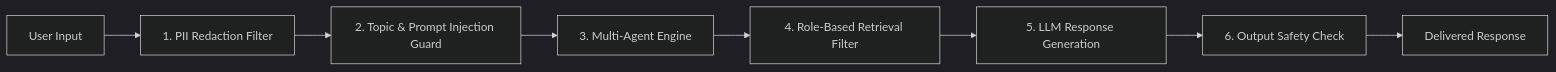
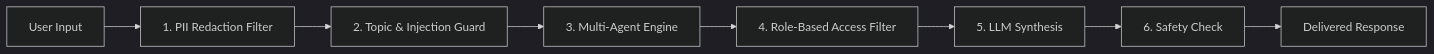
One commit to builtbycode/interview_prep changed the eighth of 9 diagrams in GenAI/Design/HR_ONBOARDING_AGENT_DESIGN.md. Above: the diagram before and after it, drawn with Mermaid (dark theme). The commit also changed other lines of this file and 8 other files, not shown here.

````diff
--- a/GenAI/Design/HR_ONBOARDING_AGENT_DESIGN.md
+++ b/GenAI/Design/HR_ONBOARDING_AGENT_DESIGN.md
@@ -203,10 +318,10 @@
 ```mermaid
-graph LR
-    UserQuery[User Input] --> PIIFilter[1. PII Redaction Filter]
-    PIIFilter --> GuardrailCheck[2. Topic & Prompt Injection Guard]
-    GuardrailCheck --> AgentCore[3. Multi-Agent Engine]
-    AgentCore --> RBACFilter[4. Role-Based Retrieval Filter]
-    RBACFilter --> ResponseGen[5. LLM Response Generation]
-    ResponseGen --> OutputGuard[6. Output Safety Check]
-    OutputGuard --> FinalOutput[Delivered Response]
+flowchart LR
+    UserQuery["User Input"] --> PIIFilter["1. PII Redaction Filter"]
+    PIIFilter --> GuardrailCheck["2. Topic & Injection Guard"]
+    GuardrailCheck --> AgentCore["3. Multi-Agent Engine"]
+    AgentCore --> RBACFilter["4. Role-Based Access Filter"]
+    RBACFilter --> ResponseGen["5. LLM Synthesis"]
+    ResponseGen --> OutputGuard["6. Safety Check"]
+    OutputGuard --> FinalOutput["Delivered Response"]
 ```
````
